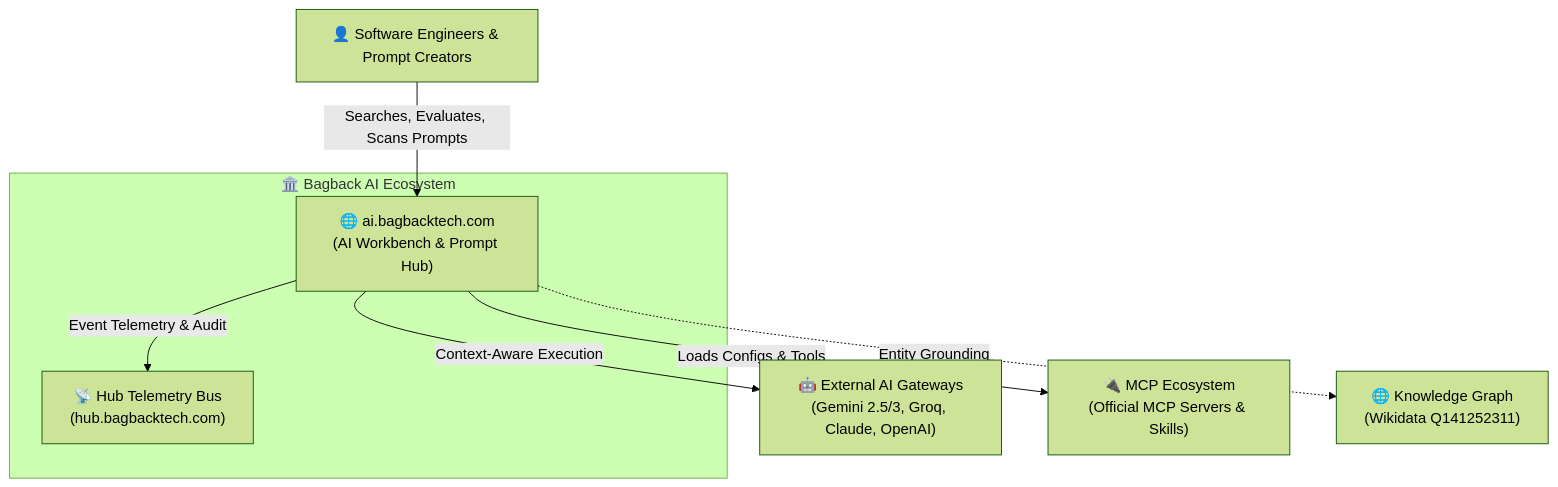
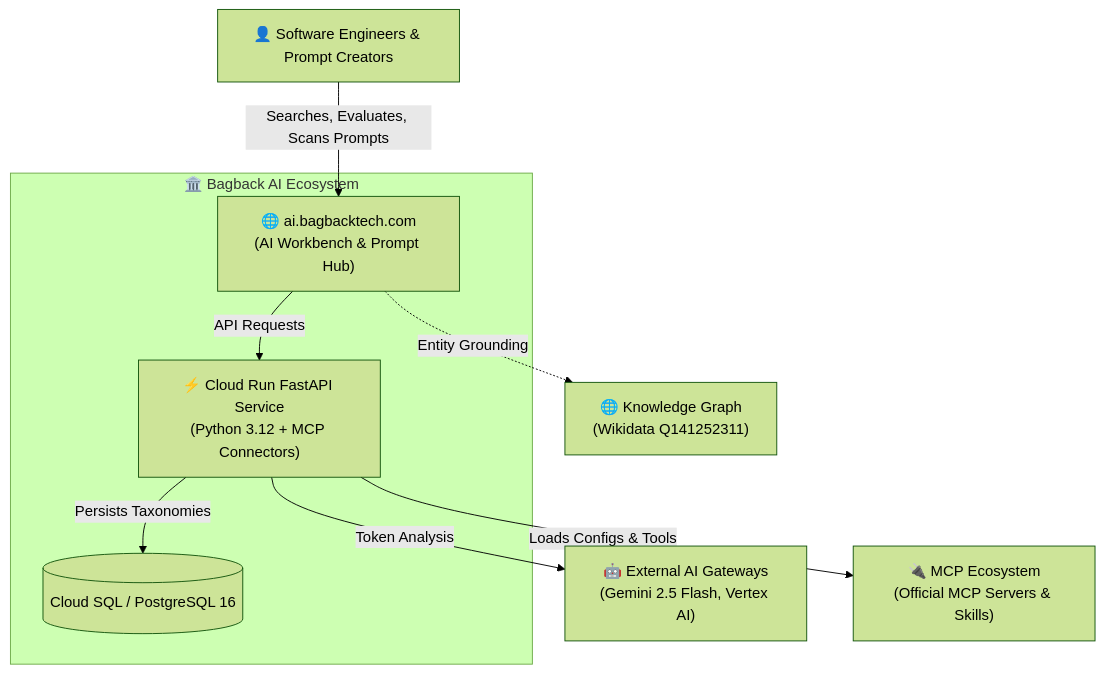
The diagram in README.md (mohamedosamaai/ai-workspace-showcase), drawn with Mermaid (forest theme) before and after one commit. The commit also changed other lines of this file, not shown here.

````diff
--- a/README.md
+++ b/README.md
@@ -52,19 +44,21 @@
 ```mermaid
 graph TD
     User["👤 Software Engineers & Prompt Creators"]
     
     subgraph BagbackEcosystem["🏛️ Bagback AI Ecosystem"]
         ShowcaseApp["🌐 ai.bagbacktech.com<br/>(AI Workbench & Prompt Hub)"]
-        Hub["📡 Hub Telemetry Bus<br/>(hub.bagbacktech.com)"]
+        FastAPI["⚡ Cloud Run FastAPI Service<br/>(Python 3.12 + MCP Connectors)"]
+        DBEngine[("Cloud SQL / PostgreSQL 16")]
     end
 
-    ExternalLLM["🤖 External AI Gateways<br/>(Gemini 2.5/3, Groq, Claude, OpenAI)"]
+    ExternalLLM["🤖 External AI Gateways<br/>(Gemini 2.5 Flash, Vertex AI)"]
     MCPRegistry["🔌 MCP Ecosystem<br/>(Official MCP Servers & Skills)"]
     Wikidata["🌐 Knowledge Graph<br/>(Wikidata Q141252311)"]
 
     User -->|Searches, Evaluates, Scans Prompts| ShowcaseApp
-    ShowcaseApp -->|Event Telemetry & Audit| Hub
-    ShowcaseApp -->|Context-Aware Execution| ExternalLLM
-    ShowcaseApp -->|Loads Configs & Tools| MCPRegistry
+    ShowcaseApp -->|API Requests| FastAPI
+    FastAPI -->|Token Analysis| ExternalLLM
+    FastAPI -->|Loads Configs & Tools| MCPRegistry
+    FastAPI -->|Persists Taxonomies| DBEngine
     ShowcaseApp -.->|Entity Grounding| Wikidata
 ```
````
